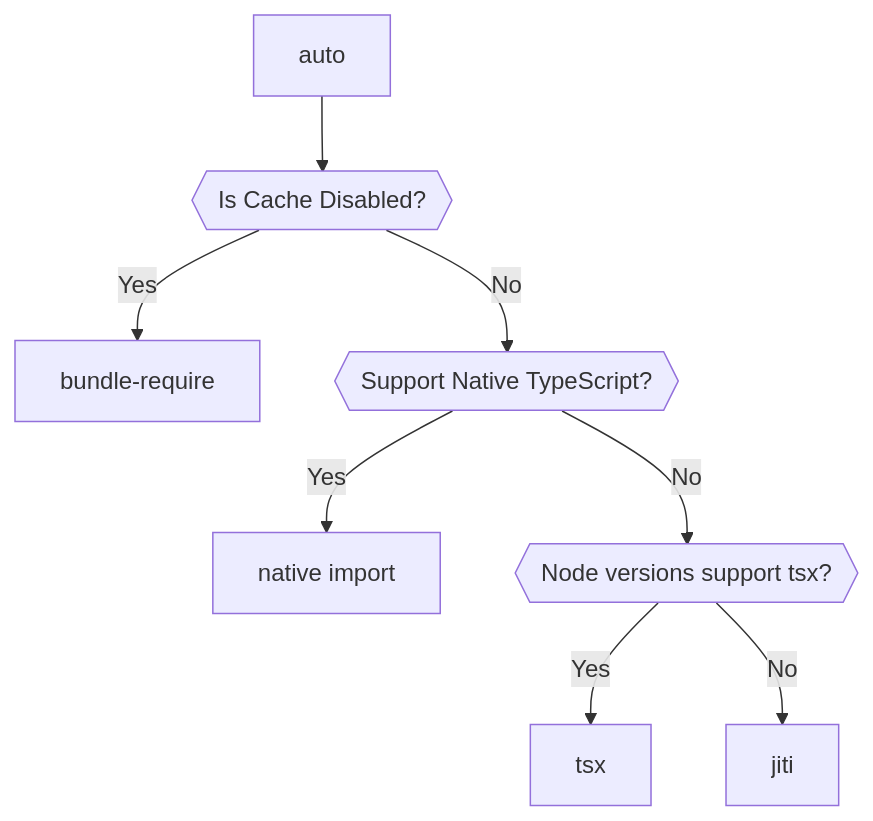
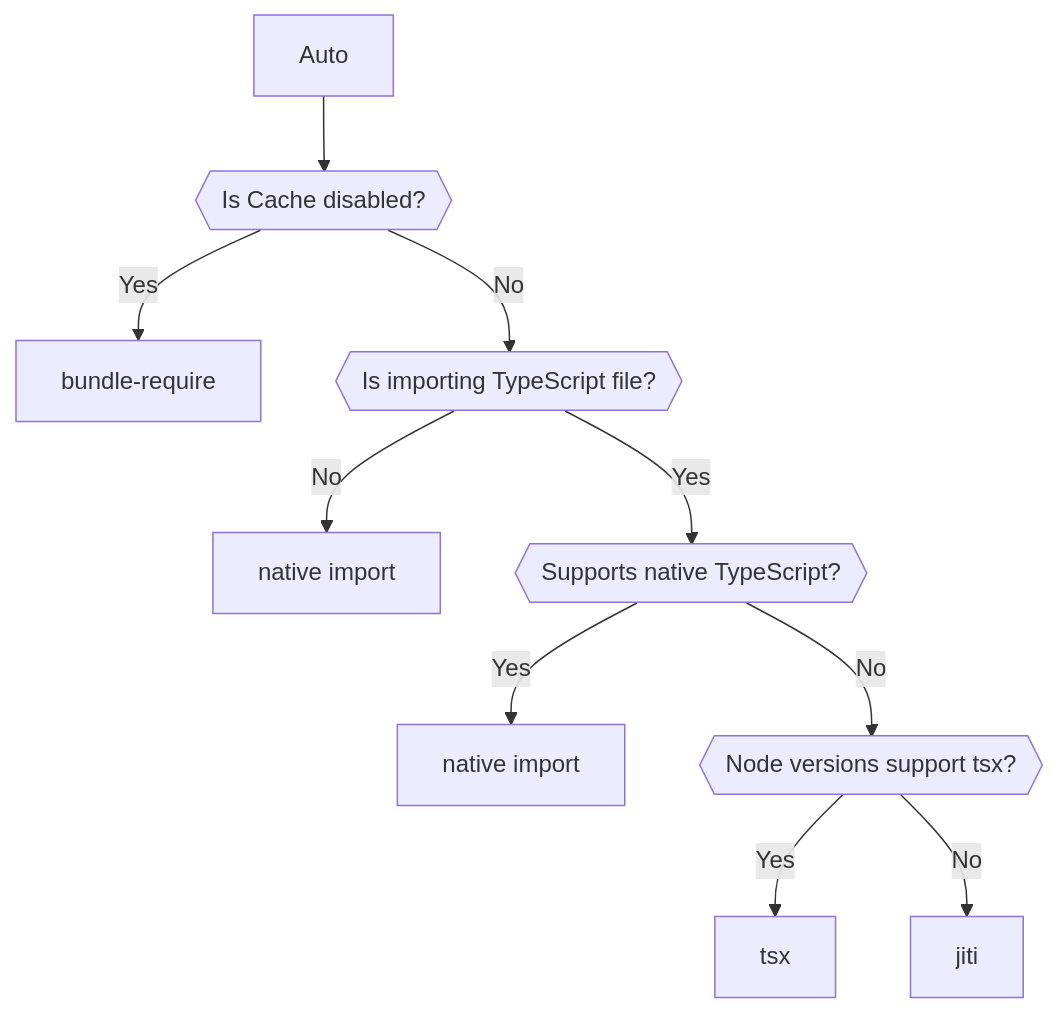
One commit to antfu-collective/importx changed the diagram in README.md. Above: the diagram before and after it, drawn with Mermaid. The commit also changed other lines of this file, not shown here.

````diff
--- a/README.md
+++ b/README.md
@@ -34,10 +45,12 @@
 ```mermaid
 graph TD
-  A[auto] --> B{{"Is Cache Disabled?"}}
+  A[Auto] --> B{{"Is Cache disabled?"}}
   B --> |Yes| C[bundle-require]
-  B --> |No| D{{"Support Native TypeScript?"}}
+  B --> |No| IsTS{{"Is importing TypeScript file?"}}
+  IsTS --> |No| Z[native import]
+  IsTS --> |Yes| D{{"Supports native TypeScript?"}}
   D --> |Yes| E[native import]
   D --> |No| F{{"Node versions support tsx?"}}
   F --> |Yes| G[tsx]
   F --> |No| H[jiti]
 ```
````
